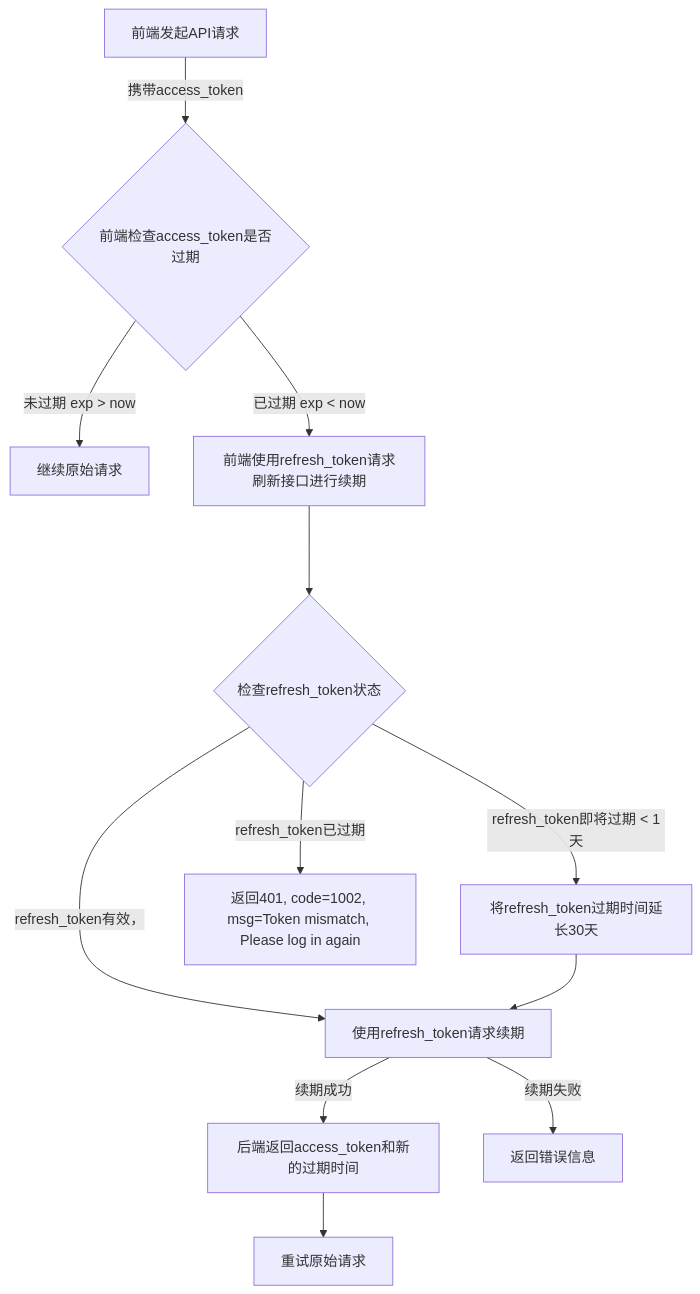
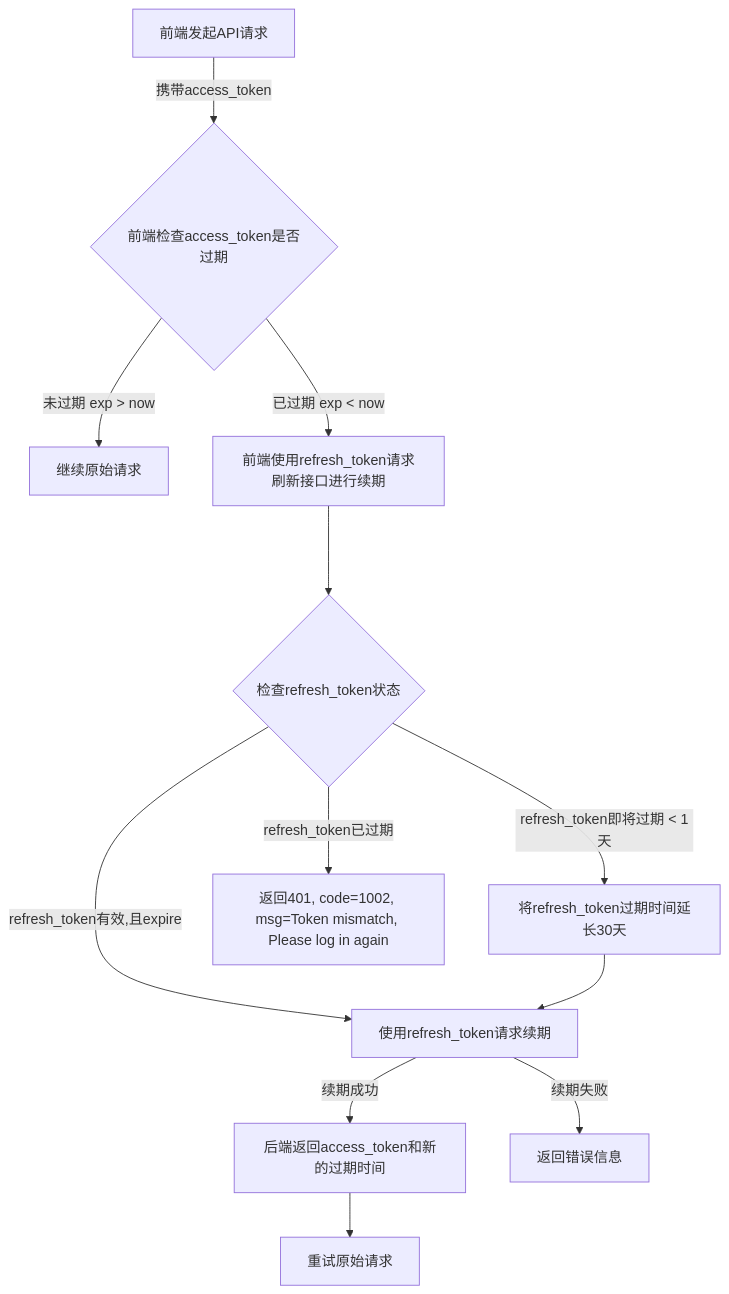
One commit to yingjianzh/iodraw-files changed the diagram in all/openAPI-17.md. Above: the diagram before and after it, drawn with Mermaid.

Commit message:
2025-01-08 18:14:50 update

````diff
--- a/all/openAPI-17.md
+++ b/all/openAPI-17.md
@@ -1,15 +1,15 @@
 ```mermaid
 flowchart TD
     A[前端发起API请求] -->|携带access_token| B{前端检查access_token是否过期}
     B -->|未过期 exp > now| C[继续原始请求]
     B -->|已过期 exp < now| D[前端使用refresh_token请求刷新接口进行续期]
     D ---> L{检查refresh_token状态}
     L -->|refresh_token即将过期 < 1天| E[将refresh_token过期时间延长30天]
     L -->|refresh_token已过期| F[返回401, code=1002, msg=Token mismatch, Please log in again]
-    L -->|refresh_token有效，| G[使用refresh_token请求续期]
+    L -->|refresh_token有效,且expire| G[使用refresh_token请求续期]
     G -->|续期成功| H[后端返回access_token和新的过期时间]
     G -->|续期失败| I[返回错误信息]
     H --> J[重试原始请求]
     E --> G
 
 ```
````
